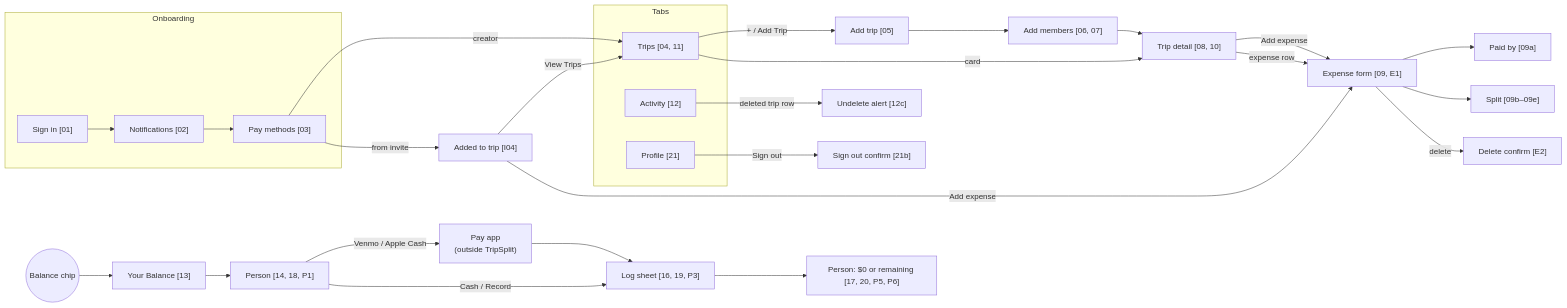
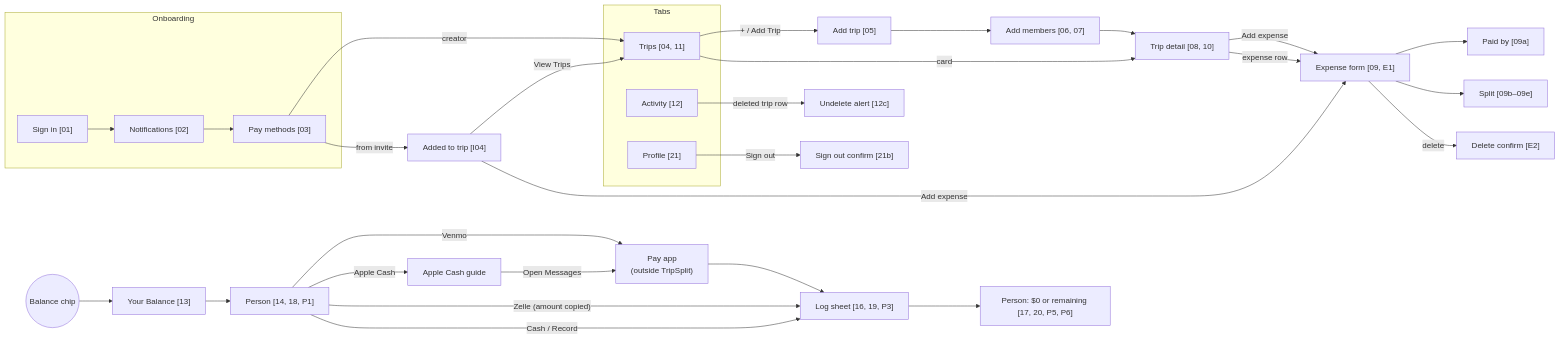
Before and after one commit to taytayrad/tripsplit-ios: the diagram in docs/screen-map.md, drawn with Mermaid. The commit also changed other lines of this file and 7 other files, not shown here.

First line of the commit message:
Address review: stamps picked once, slam only settled trips, Apple Cash guide follows the live amount and scrolls, arm Did you pay only when Messages opens, cancellable celebration; screen map and flows show the guide

````diff
--- a/docs/screen-map.md
+++ b/docs/screen-map.md
@@ -5,31 +5,33 @@
 ```mermaid
 flowchart LR
     subgraph Onboarding
         signin["Sign in [01]"] --> notif["Notifications [02]"] --> paym["Pay methods [03]"]
     end
     subgraph Main["Tabs"]
         trips["Trips [04, 11]"]
         activity["Activity [12]"]
         profile["Profile [21]"]
     end
     paym -->|creator| trips
     paym -->|from invite| welcome["Added to trip [I04]"]
     welcome -->|View Trips| trips
 
     trips -- "+ / Add Trip" --> addtrip["Add trip [05]"] --> members["Add members [06, 07]"] --> trip["Trip detail [08, 10]"]
     trips -- card --> trip
     trip -- "Add expense" --> expense["Expense form [09, E1]"]
     trip -- "expense row" --> expense
     expense --> paidby["Paid by [09a]"]
     expense --> split["Split [09b–09e]"]
     expense -- delete --> delconfirm["Delete confirm [E2]"]
     welcome -->|Add expense| expense
 
     chip(("Balance chip")) --> balance["Your Balance [13]"] --> person["Person [14, 18, P1]"]
-    person -- "Venmo / Apple Cash" --> payapp["Pay app<br/>(outside TripSplit)"] --> log["Log sheet [16, 19, P3]"]
+    person -- "Venmo" --> payapp["Pay app<br/>(outside TripSplit)"] --> log["Log sheet [16, 19, P3]"]
+    person -- "Apple Cash" --> cashguide["Apple Cash guide"] -- "Open Messages" --> payapp
+    person -- "Zelle (amount copied)" --> log
     person -- "Cash / Record" --> log
     log --> settled["Person: $0 or remaining [17, 20, P5, P6]"]
 
     activity -- "deleted trip row" --> undelete["Undelete alert [12c]"]
     profile -- "Sign out" --> signout["Sign out confirm [21b]"]
 ```
````
